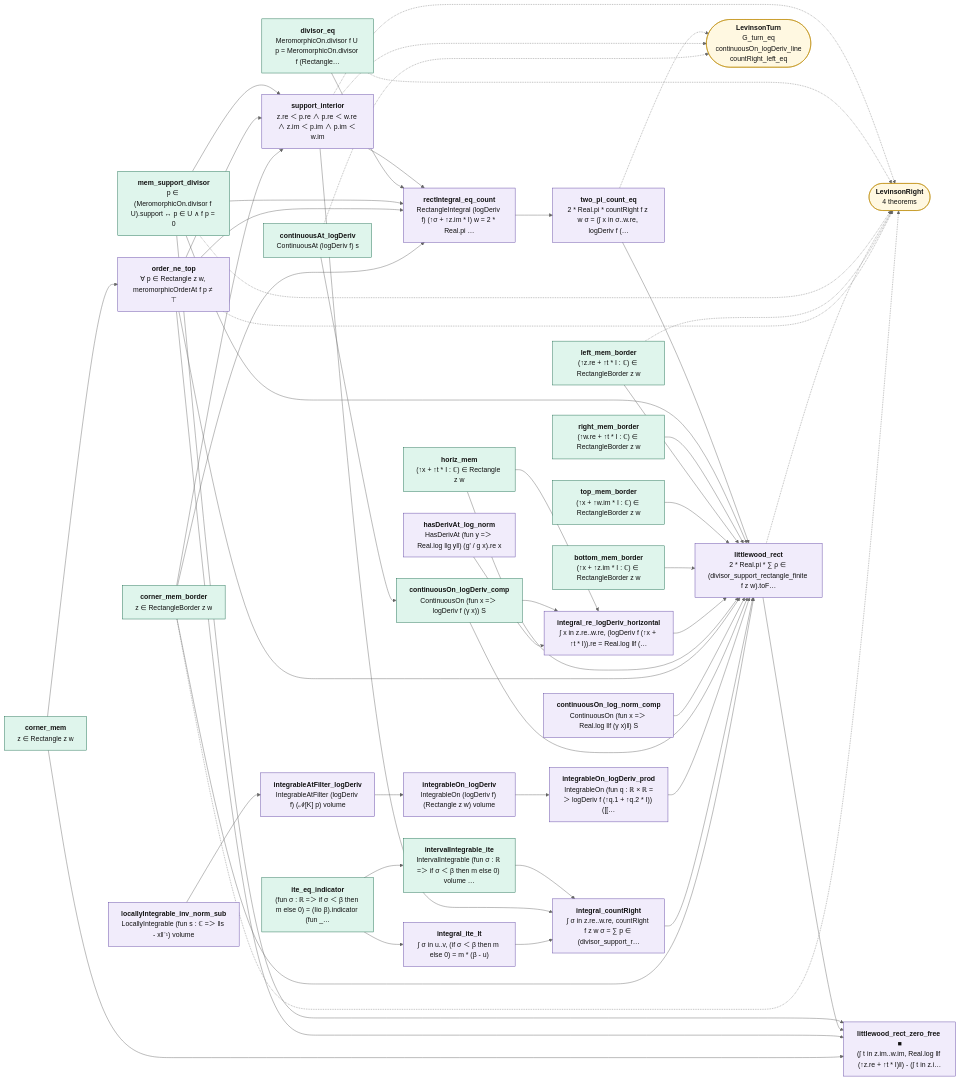
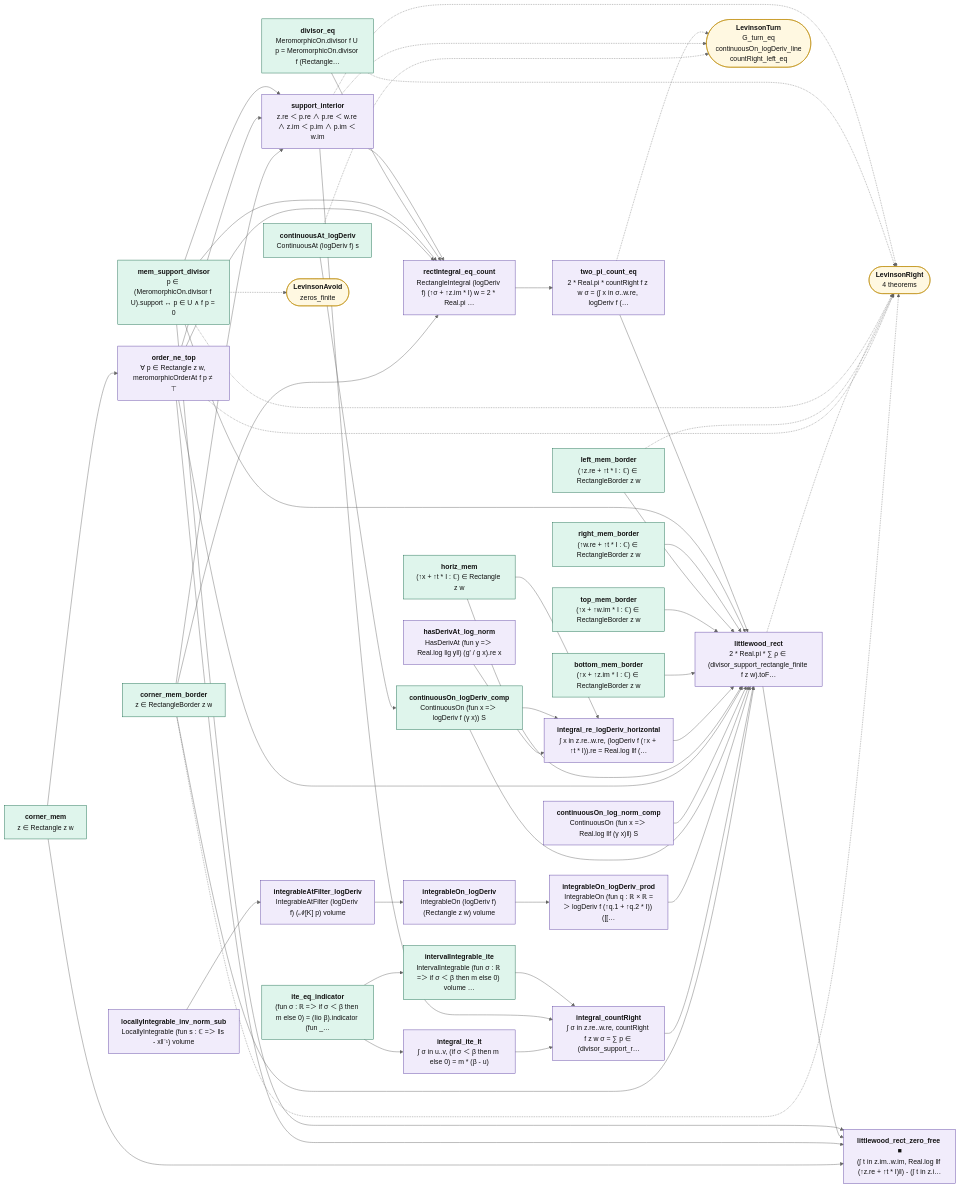
Before and after one commit to juliansambranojr/Primebeat_081426: the diagram in map/lean_stage3/Littlewood.mmd, drawn with Mermaid (neutral theme). The commit also changed 14 other files, not shown here.

```diff
--- a/map/lean_stage3/Littlewood.mmd
+++ b/map/lean_stage3/Littlewood.mmd
@@ -1,89 +1,91 @@
 flowchart LR
   n0["<b>corner_mem</b><br/>z ∈ Rectangle z w"]:::cnt
   n1["<b>corner_mem_border</b><br/>z ∈ RectangleBorder z w"]:::cnt
   n2["<b>order_ne_top</b><br/>∀ p ∈ Rectangle z w, meromorphicOrderAt f p ≠ ⊤"]:::shp
   n3["<b>mem_support_divisor</b><br/>p ∈ (MeromorphicOn.divisor f U).support ↔ p ∈ U ∧ f p = 0"]:::cnt
   n4["<b>divisor_eq</b><br/>MeromorphicOn.divisor f U p = MeromorphicOn.divisor f (Rectangle…"]:::cnt
   n5["<b>support_interior</b><br/>z.re ＜ p.re ∧ p.re ＜ w.re ∧ z.im ＜ p.im ∧ p.im ＜ w.im"]:::shp
   n6["<b>rectIntegral_eq_count</b><br/>RectangleIntegral (logDeriv f) (↑σ + ↑z.im * I) w = 2 * Real.pi …"]:::shp
   n7["<b>two_pi_count_eq</b><br/>2 * Real.pi * countRight f z w σ = (∫ x in σ..w.re, logDeriv f (…"]:::shp
   n8["<b>ite_eq_indicator</b><br/>(fun σ : ℝ =＞ if σ ＜ β then m else 0) = (Iio β).indicator (fun _…"]:::cnt
   n9["<b>intervalIntegrable_ite</b><br/>IntervalIntegrable (fun σ : ℝ =＞ if σ ＜ β then m else 0) volume …"]:::cnt
   n10["<b>integral_ite_lt</b><br/>∫ σ in u..v, (if σ ＜ β then m else 0) = m * (β - u)"]:::shp
   n11["<b>integral_countRight</b><br/>∫ σ in z.re..w.re, countRight f z w σ = ∑ p ∈ (divisor_support_r…"]:::shp
   n12["<b>locallyIntegrable_inv_norm_sub</b><br/>LocallyIntegrable (fun s : ℂ =＞ ‖s - x‖⁻¹) volume"]:::shp
   n13["<b>integrableAtFilter_logDeriv</b><br/>IntegrableAtFilter (logDeriv f) (𝓝[K] p) volume"]:::shp
   n14["<b>integrableOn_logDeriv</b><br/>IntegrableOn (logDeriv f) (Rectangle z w) volume"]:::shp
   n15["<b>integrableOn_logDeriv_prod</b><br/>IntegrableOn (fun q : ℝ × ℝ =＞ logDeriv f (↑q.1 + ↑q.2 * I)) ([[…"]:::shp
   n16["<b>hasDerivAt_log_norm</b><br/>HasDerivAt (fun y =＞ Real.log ‖g y‖) (g' / g x).re x"]:::shp
   n17["<b>continuousAt_logDeriv</b><br/>ContinuousAt (logDeriv f) s"]:::cnt
   n18["<b>continuousOn_logDeriv_comp</b><br/>ContinuousOn (fun x =＞ logDeriv f (γ x)) S"]:::cnt
   n19["<b>continuousOn_log_norm_comp</b><br/>ContinuousOn (fun x =＞ Real.log ‖f (γ x)‖) S"]:::shp
   n20["<b>horiz_mem</b><br/>(↑x + ↑t * I : ℂ) ∈ Rectangle z w"]:::cnt
   n21["<b>integral_re_logDeriv_horizontal</b><br/>∫ x in z.re..w.re, (logDeriv f (↑x + ↑t * I)).re = Real.log ‖f (…"]:::shp
   n22["<b>bottom_mem_border</b><br/>(↑x + ↑z.im * I : ℂ) ∈ RectangleBorder z w"]:::cnt
   n23["<b>top_mem_border</b><br/>(↑x + ↑w.im * I : ℂ) ∈ RectangleBorder z w"]:::cnt
   n24["<b>left_mem_border</b><br/>(↑z.re + ↑t * I : ℂ) ∈ RectangleBorder z w"]:::cnt
   n25["<b>right_mem_border</b><br/>(↑w.re + ↑t * I : ℂ) ∈ RectangleBorder z w"]:::cnt
   n26["<b>littlewood_rect</b><br/>2 * Real.pi * ∑ ρ ∈ (divisor_support_rectangle_finite f z w).toF…"]:::shp
   n27["<b>littlewood_rect_zero_free ■</b><br/>(∫ t in z.im..w.im, Real.log ‖f (↑z.re + ↑t * I)‖) - (∫ t in z.i…"]:::shp
   x0(["<b>LevinsonRight</b><br/>4 theorems"]):::ext
-  x1(["<b>LevinsonTurn</b><br/>G_turn_eq<br/>continuousOn_logDeriv_line<br/>countRight_left_eq"]):::ext
+  x1(["<b>LevinsonAvoid</b><br/>zeros_finite"]):::ext
+  x2(["<b>LevinsonTurn</b><br/>G_turn_eq<br/>continuousOn_logDeriv_line<br/>countRight_left_eq"]):::ext
   n0 --> n2
   n0 --> n27
   n1 --> n26
   n1 --> n5
   n1 --> n6
   n10 --> n11
   n11 --> n26
   n12 --> n13
   n13 --> n14
   n14 --> n15
   n15 --> n26
   n16 --> n21
   n17 --> n18
   n18 --> n21
   n18 --> n26
   n19 --> n26
   n2 --> n26
   n2 --> n27
   n2 --> n5
   n2 --> n6
   n20 --> n21
   n20 --> n26
   n21 --> n26
   n22 --> n26
   n23 --> n26
   n24 --> n26
   n25 --> n26
   n26 --> n27
   n3 --> n26
   n3 --> n27
   n3 --> n5
   n3 --> n6
   n4 --> n6
   n5 --> n11
   n5 --> n6
   n6 --> n7
   n7 --> n26
   n8 --> n10
   n8 --> n9
   n9 --> n11
   n1 -.-> x0
-  n17 -.-> x1
+  n17 -.-> x2
   n2 -.-> x0
   n24 -.-> x0
   n26 -.-> x0
   n3 -.-> x0
+  n3 -.-> x1
   n4 -.-> x0
   n5 -.-> x0
-  n5 -.-> x1
-  n7 -.-> x1
+  n5 -.-> x2
+  n7 -.-> x2
   classDef cnt fill:#dff5ec,stroke:#17694a,color:#111
   classDef shp fill:#f1ecfb,stroke:#5b3fa0,color:#111
   classDef rh fill:#ffe5e5,stroke:#c22,color:#111,stroke-width:2px
   classDef thm fill:#eef4ff,stroke:#335,color:#111
   classDef end_ fill:#e7f7e7,stroke:#2a7,color:#111,stroke-width:2px
   classDef lone fill:#fff,stroke:#999,color:#111,stroke-dasharray:4 3
   classDef bad fill:#ffe5e5,stroke:#c22,color:#111,stroke-width:2px
   classDef ext fill:#fff8e1,stroke:#b80,color:#111
```
